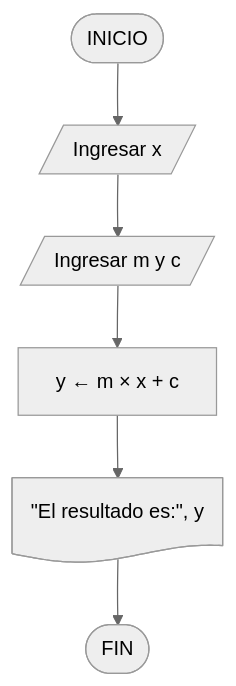
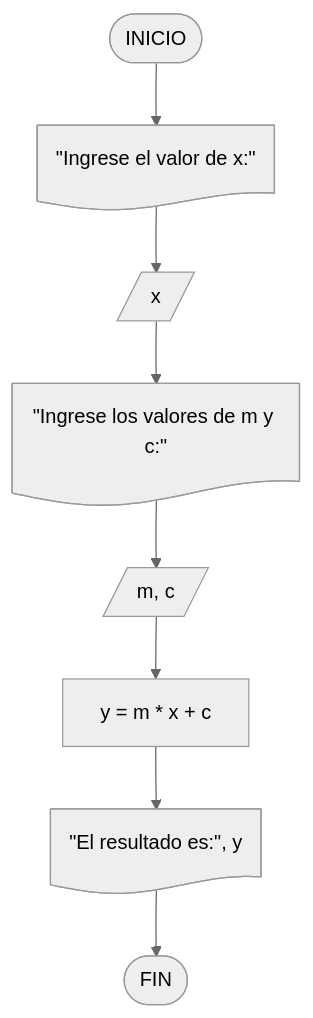
The first of 2 diagrams in docs/core/introduction/coding.md (BenjaminSerrano/principios-programacion), drawn with Mermaid (neutral theme) before and after one commit. The commit also changed other lines of this file and 4 other files, not shown here.

First line of the commit message:
Reorganizar contenido y unificar convenciones en diagramas de flujo

````diff
--- a/docs/core/introduction/coding.md
+++ b/docs/core/introduction/coding.md
@@ -204,8 +204,10 @@
     ``` mermaid
     flowchart TD
-        A([INICIO]) --> B[/Ingresar x/]
-        B --> C[/Ingresar m y c/]
-        C --> D["y ← m × x + c"]
-        D --> E@{ shape: doc, label: "\"El resultado es:\", y" }
-        E --> F([FIN])
+        A([INICIO]) --> B@{ shape: doc, label: "\"Ingrese el valor de x:\"" }
+        B --> C[/x/]
+        C --> D@{ shape: doc, label: "\"Ingrese los valores de m y c:\"" }
+        D --> E[/m, c/]
+        E --> F["y = m * x + c"]
+        F --> G@{ shape: doc, label: "\"El resultado es:\", y" }
+        G --> H([FIN])
     ```
````
